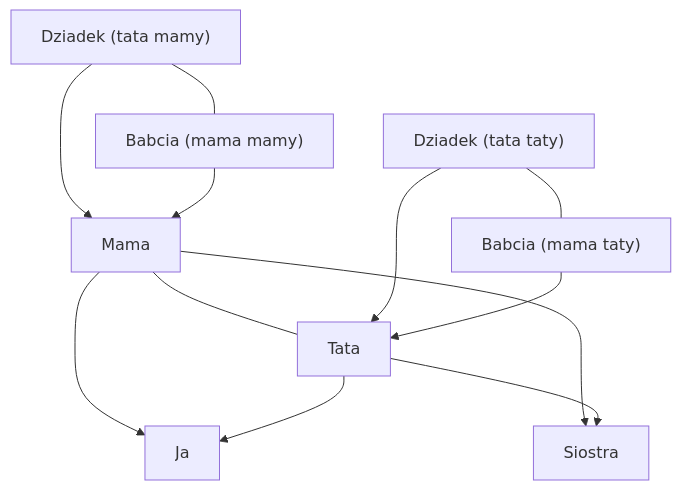
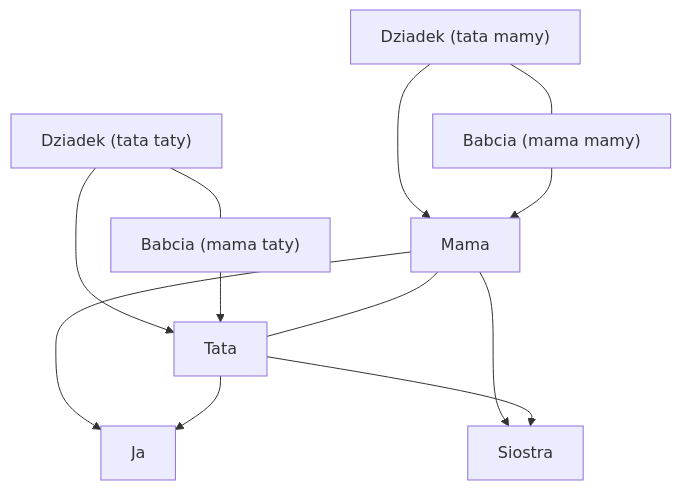
One commit to bitowiec/drzewo changed the diagram in README.md. Above: the diagram before and after it, drawn with Mermaid.

Commit message:
przeniesienei relacli blizej osob

````diff
--- a/README.md
+++ b/README.md
@@ -4,37 +4,31 @@
 ```mermaid
 flowchart TB
     %% Pokolenie dziadków
     DziadekMM["Dziadek (tata mamy)"]
     BabciaMM["Babcia (mama mamy)"]
+    DziadekMM --- BabciaMM
     DziadekMT["Dziadek (tata taty)"]
     BabciaMT["Babcia (mama taty)"]
+    DziadekMT --- BabciaMT
 
     %% Pokolenie rodziców
     Mama["Mama"]
+    DziadekMM --> Mama
+    BabciaMM --> Mama
+    
     Tata["Tata"]
+    DziadekMT --> Tata
+    BabciaMT --> Tata
+
+    Mama --- Tata
 
     %% Wy
     Ja["Ja"]
-    Siostra["Siostra"]
-
-    %% Relacje małżeńskie (poziome)
-    DziadekMM --- BabciaMM
-    DziadekMT --- BabciaMT
-    Mama --- Tata
-
-    %% Rodzice mamy -> mama
-    DziadekMM --> Mama
-    BabciaMM --> Mama
-
-    %% Rodzice taty -> tata
-    DziadekMT --> Tata
-    BabciaMT --> Tata
-
-    %% Rodzice -> dzieci (Wy)
     Mama --> Ja
     Tata --> Ja
-
+    
+    Siostra["Siostra"]
     Mama --> Siostra
     Tata --> Siostra
 
 ```
````
